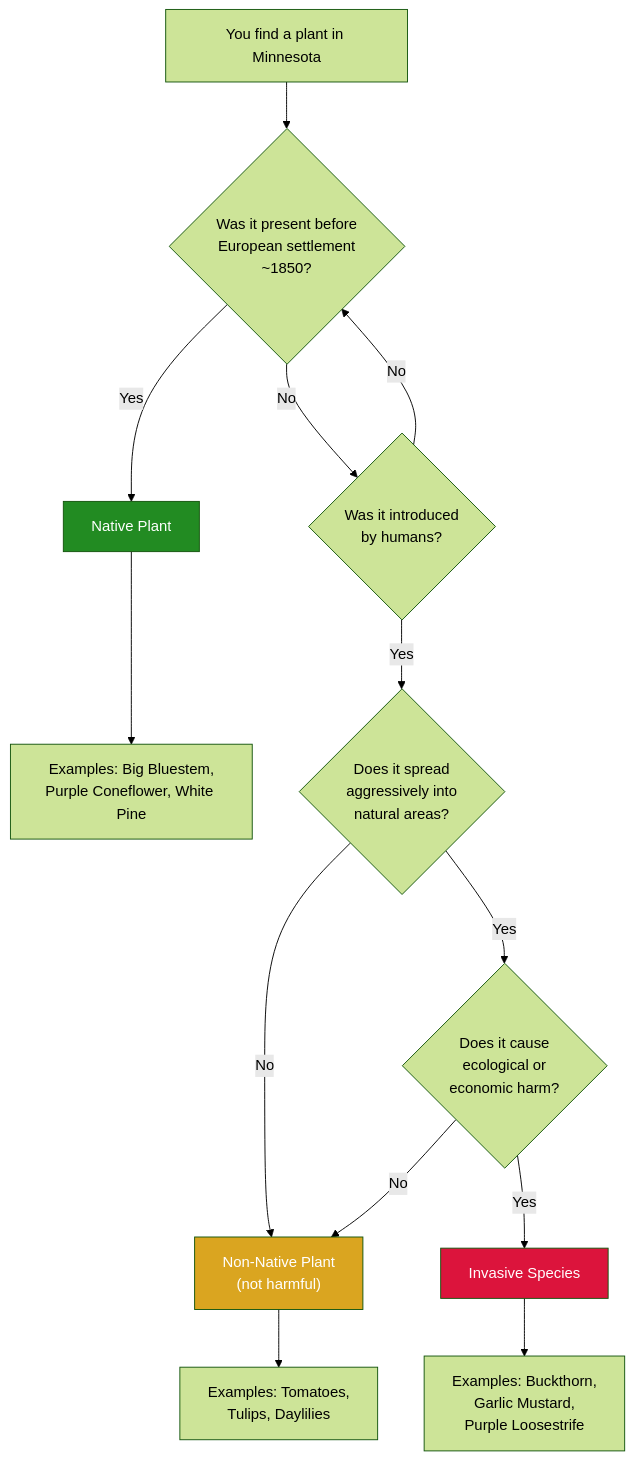
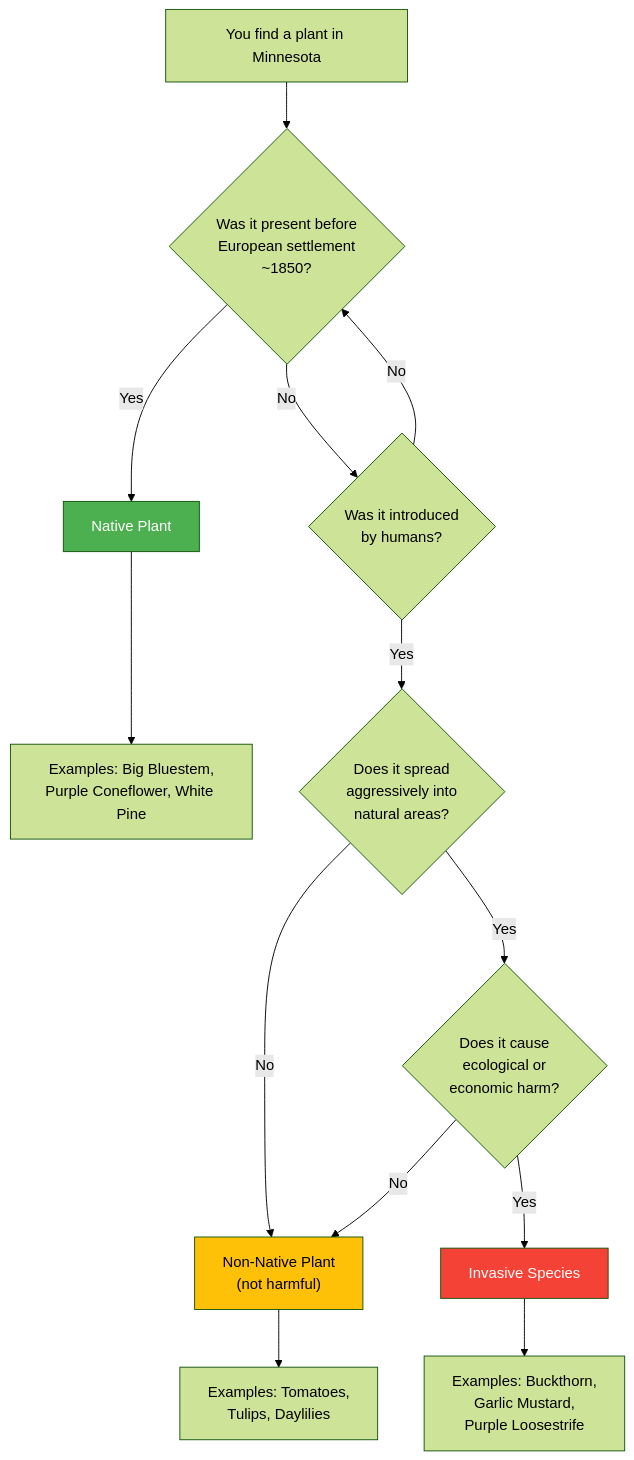
One commit to arunbatchu/minnesota-native-plants changed the first of 2 diagrams in docs/chapters/01-intro-native-plants-ecology/index.md. Above: the diagram before and after it, drawn with Mermaid (forest theme). The commit also changed other lines of this file and 10 other files, not shown here.

First line of the commit message:
Fix Mermaid diagram colors for accessibility — high contrast palette

````diff
--- a/docs/chapters/01-intro-native-plants-ecology/index.md
+++ b/docs/chapters/01-intro-native-plants-ecology/index.md
@@ -39,19 +39,19 @@
 ```mermaid
 flowchart TD
     A["You find a plant in Minnesota"] --> B{"Was it present before<br/>European settlement<br/>~1850?"}
     B -- Yes --> C["Native Plant"]
     C --> C1["Examples: Big Bluestem,<br/>Purple Coneflower, White Pine"]
     B -- No --> D{"Was it introduced<br/>by humans?"}
     D -- Yes --> E{"Does it spread<br/>aggressively into<br/>natural areas?"}
     E -- No --> F["Non-Native Plant<br/>(not harmful)"]
     F --> F1["Examples: Tomatoes,<br/>Tulips, Daylilies"]
     E -- Yes --> G{"Does it cause<br/>ecological or<br/>economic harm?"}
     G -- Yes --> H["Invasive Species"]
     H --> H1["Examples: Buckthorn,<br/>Garlic Mustard,<br/>Purple Loosestrife"]
     G -- No --> F
     D -- No --> B
 
-    style C fill:#228B22,color:#fff
-    style F fill:#DAA520,color:#fff
-    style H fill:#DC143C,color:#fff
+    style C fill:#4CAF50,color:#fff
+    style F fill:#FFC107,color:#000
+    style H fill:#F44336,color:#fff
 ```
````
